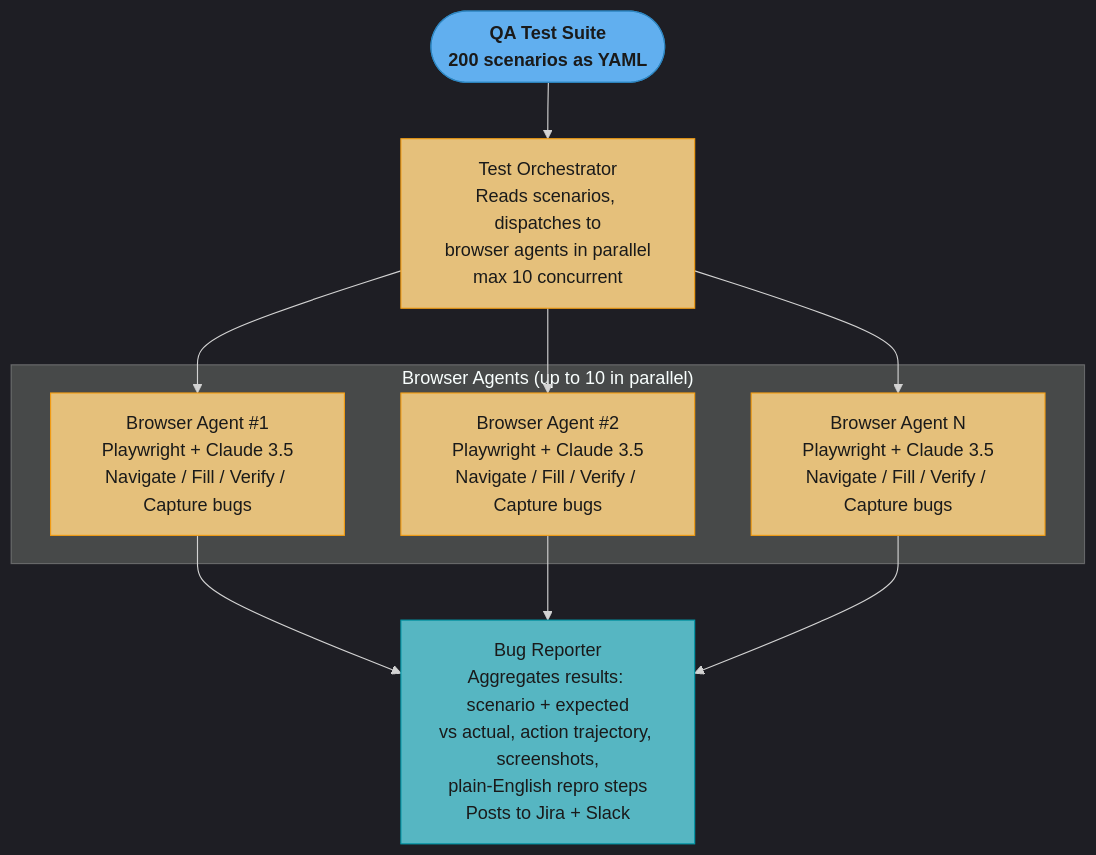
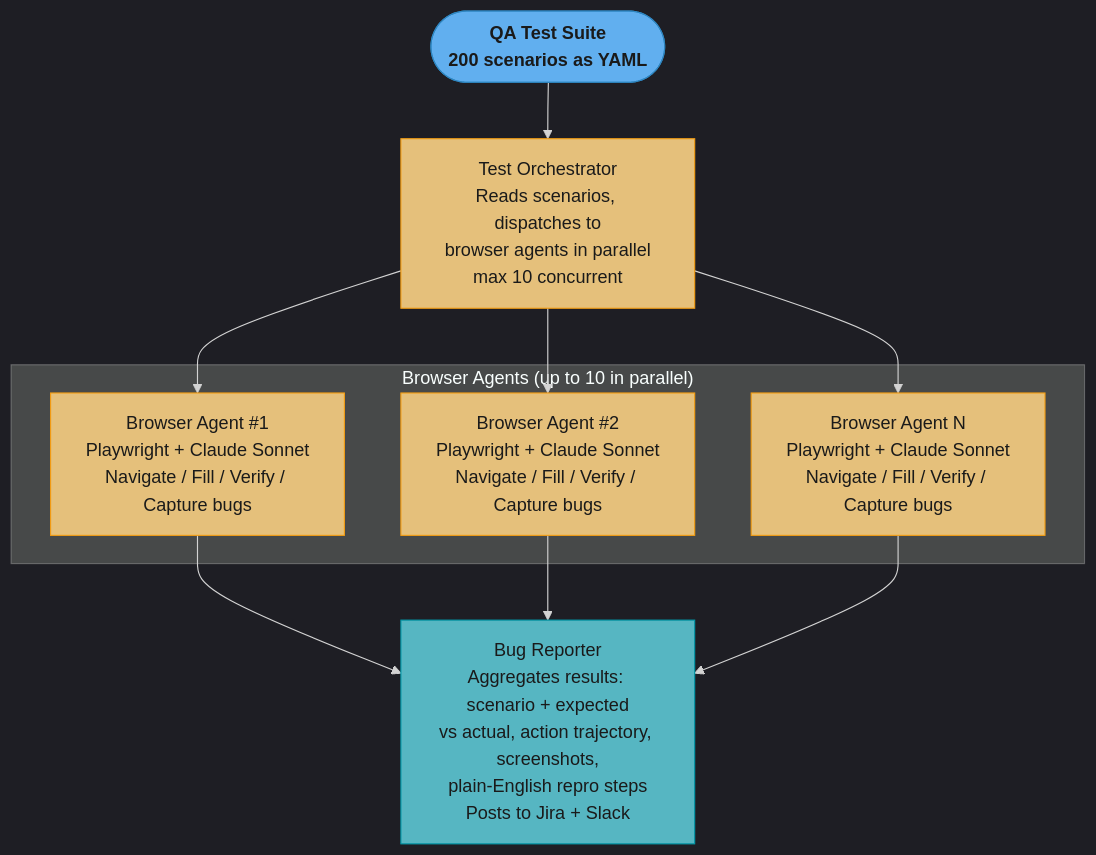
Before and after one commit to rppol/system-design: the third of 3 diagrams in src/main/java/com/rutik/systemdesign/llm/agents_and_tool_use/computer_use_and_browser_agents.md, drawn with Mermaid. The commit also changed other lines of this file and 113 other files, not shown here.

````diff
--- a/src/main/java/com/rutik/systemdesign/llm/agents_and_tool_use/computer_use_and_browser_agents.md
+++ b/src/main/java/com/rutik/systemdesign/llm/agents_and_tool_use/computer_use_and_browser_agents.md
@@ -593,30 +624,30 @@
 ```mermaid
 %%{init: {'flowchart': {'curve': 'basis'}, 'theme': 'dark'}}%%
 flowchart TD
     classDef io      fill:#61afef,stroke:#2e86c1,color:#1a1a1a,font-weight:bold
     classDef frozen  fill:#c678dd,stroke:#9b59b6,color:#fff
     classDef train   fill:#98c379,stroke:#27ae60,color:#1a1a1a
     classDef mathOp  fill:#d19a66,stroke:#e67e22,color:#1a1a1a,font-weight:bold
     classDef lossN   fill:#e06c75,stroke:#c0392b,color:#fff,font-weight:bold
     classDef req     fill:#56b6c2,stroke:#0097a7,color:#1a1a1a
     classDef base    fill:#e5c07b,stroke:#f39c12,color:#1a1a1a
 
     Suite(["QA Test Suite<br/>200 scenarios as YAML"]) --> Orch
     Orch["Test Orchestrator<br/>Reads scenarios, dispatches to<br/>browser agents in parallel<br/>max 10 concurrent"] --> A1 & A2 & AN
 
     subgraph Agents ["Browser Agents (up to 10 in parallel)"]
-        A1["Browser Agent #1<br/>Playwright + Claude 3.5<br/>Navigate / Fill / Verify / Capture bugs"]
-        A2["Browser Agent #2<br/>Playwright + Claude 3.5<br/>Navigate / Fill / Verify / Capture bugs"]
-        AN["Browser Agent N<br/>Playwright + Claude 3.5<br/>Navigate / Fill / Verify / Capture bugs"]
+        A1["Browser Agent #1<br/>Playwright + Claude Sonnet<br/>Navigate / Fill / Verify / Capture bugs"]
+        A2["Browser Agent #2<br/>Playwright + Claude Sonnet<br/>Navigate / Fill / Verify / Capture bugs"]
+        AN["Browser Agent N<br/>Playwright + Claude Sonnet<br/>Navigate / Fill / Verify / Capture bugs"]
     end
 
     A1 --> Reporter
     A2 --> Reporter
     AN --> Reporter
     Reporter["Bug Reporter<br/>Aggregates results: scenario + expected<br/>vs actual, action trajectory, screenshots,<br/>plain-English repro steps<br/>Posts to Jira + Slack"]
 
     class Suite io
     class Orch base
     class A1,A2,AN base
     class Reporter req
 ```
````
